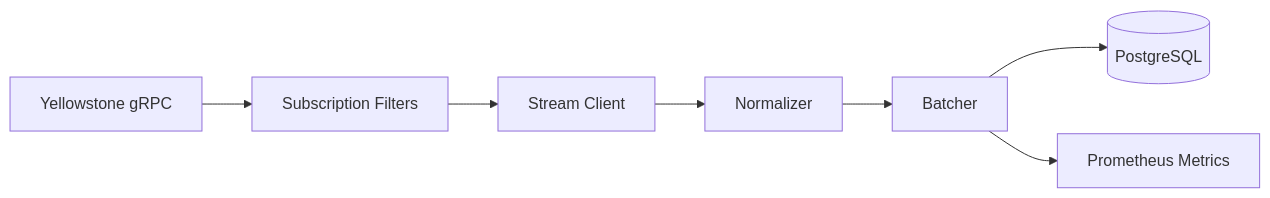
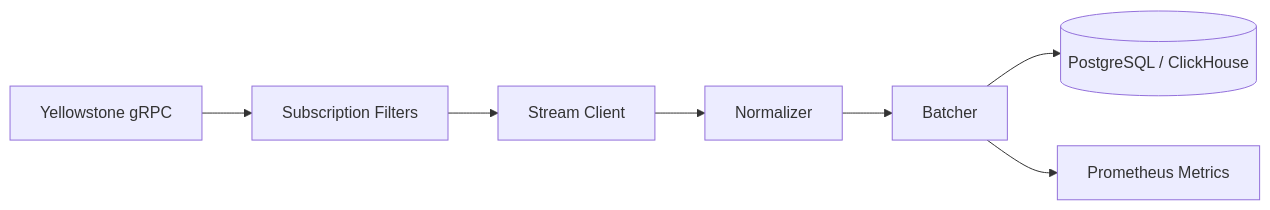
One commit to maksim-dzhigil/solana-yellowstone-stream-processor changed the second of 2 diagrams in README.md. Above: the diagram before and after it, drawn with Mermaid. The commit also changed other lines of this file and 1 other file, not shown here.

````diff
--- a/README.md
+++ b/README.md
@@ -23,9 +22,9 @@
 ```mermaid
 flowchart LR
     Y[Yellowstone gRPC] --> S[Subscription Filters]
     S --> C[Stream Client]
     C --> N[Normalizer]
     N --> B[Batcher]
-    B --> P[(PostgreSQL)]
+    B --> P[(PostgreSQL / ClickHouse)]
     B --> M[Prometheus Metrics]
 ```
````
